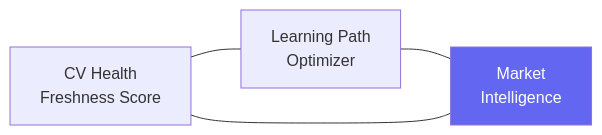
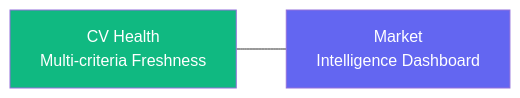
The first of 2 diagrams in thesis_report/chuong3/3.4_thiet_ke_market_intel.md (dungken/cv-assistant), drawn with Mermaid before and after one commit. The commit also changed other lines of this file and 34 other files, not shown here.

````diff
--- a/thesis_report/chuong3/3.4_thiet_ke_market_intel.md
+++ b/thesis_report/chuong3/3.4_thiet_ke_market_intel.md
@@ -14,7 +14,6 @@
 ```mermaid
 flowchart LR
-    CV[CV Health<br/>Freshness Score] --- LP[Learning Path<br/>Optimizer]
-    LP --- MI[Market<br/>Intelligence]
-    MI --- CV
+    CV[CV Health<br/>Multi-criteria Freshness] --- MI[Market<br/>Intelligence Dashboard]
     style MI fill:#6366f1,color:#fff
+    style CV fill:#10b981,color:#fff
 ```
````
